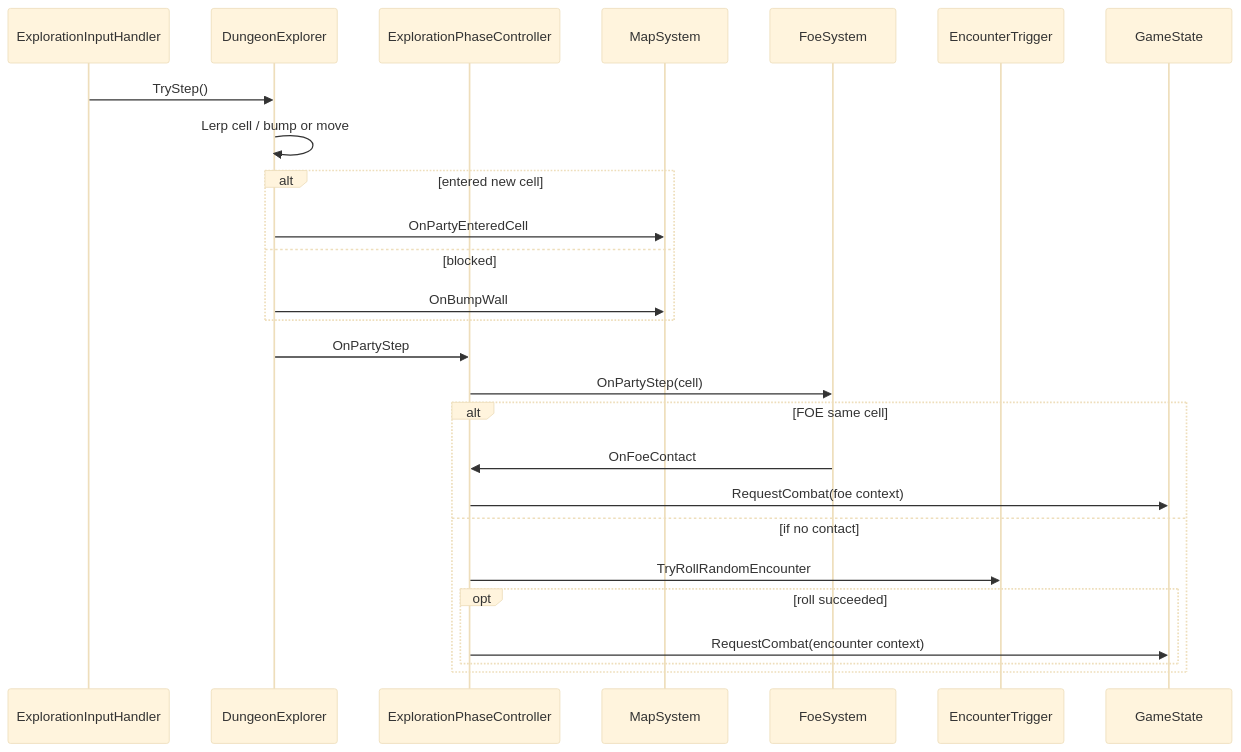
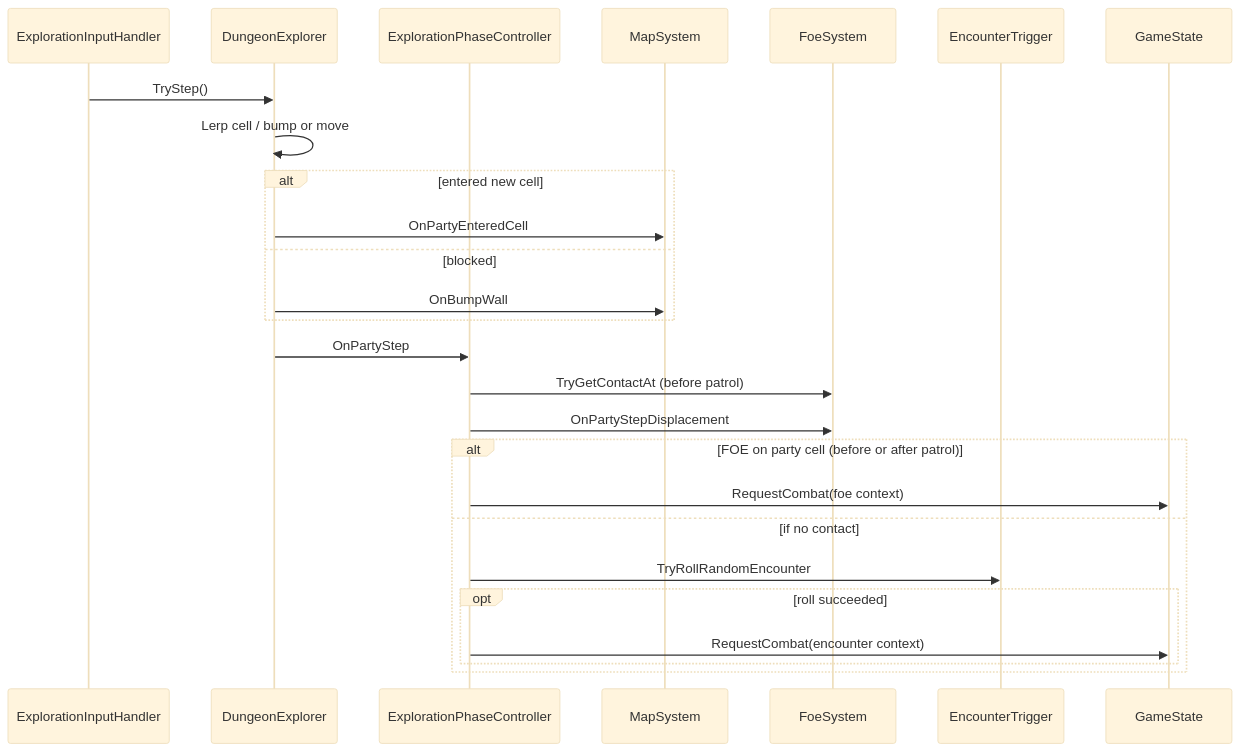
One commit to miramocha/griddungeon-design-docs changed the fifth of 6 diagrams in docs/02-systems/game-phase.md. Above: the diagram before and after it, drawn with Mermaid (base theme). The commit also changed other lines of this file and 11 other files, not shown here.

````diff
--- a/docs/02-systems/game-phase.md
+++ b/docs/02-systems/game-phase.md
@@ -209,29 +209,29 @@
 ```mermaid
 sequenceDiagram
   participant Input as ExplorationInputHandler
   participant DE as DungeonExplorer
   participant EP as ExplorationPhaseController
   participant Map as MapSystem
   participant Foe as FoeSystem
   participant Enc as EncounterTrigger
   participant GS as GameState
 
   Input->>DE: TryStep()
   DE->>DE: Lerp cell / bump or move
   alt entered new cell
     DE->>Map: OnPartyEnteredCell
   else blocked
     DE->>Map: OnBumpWall
   end
   DE->>EP: OnPartyStep
-  EP->>Foe: OnPartyStep(cell)
-  alt FOE same cell
-    Foe->>EP: OnFoeContact
+  EP->>Foe: TryGetContactAt (before patrol)
+  EP->>Foe: OnPartyStepDisplacement
+  alt FOE on party cell (before or after patrol)
     EP->>GS: RequestCombat(foe context)
   else if no contact
     EP->>Enc: TryRollRandomEncounter
     opt roll succeeded
       EP->>GS: RequestCombat(encounter context)
     end
   end
 ```
````
